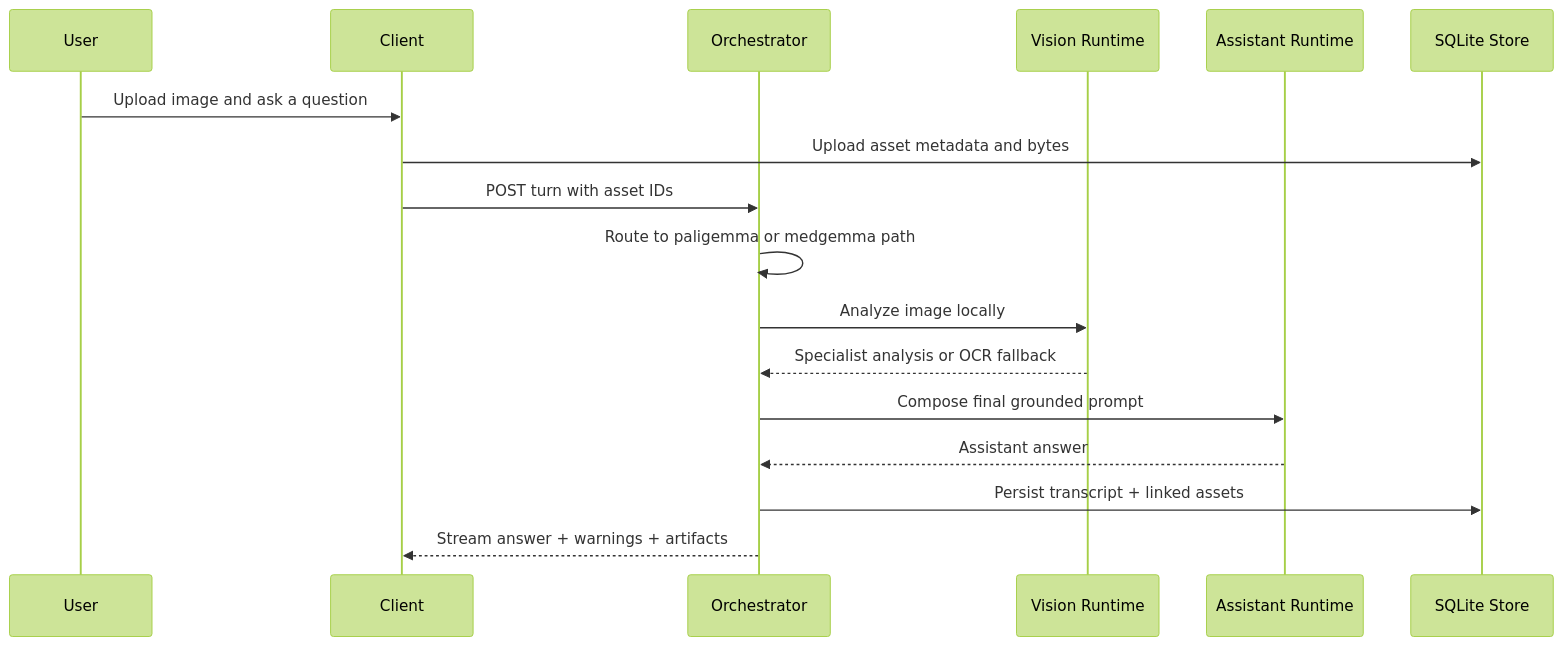
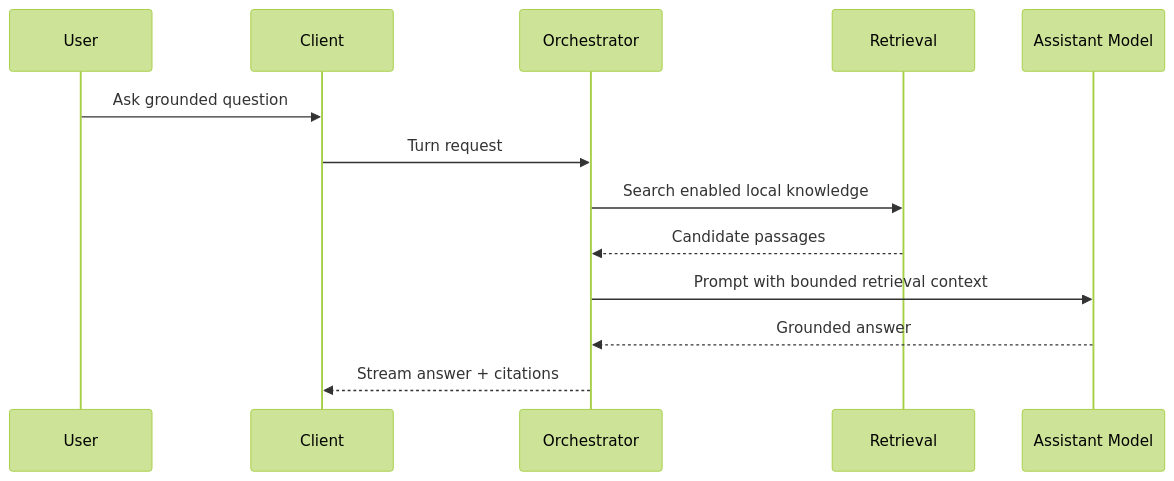
The fourth of 5 diagrams in README.md (CheickDiakite-yikes/gemma-local-expert), drawn with Mermaid (forest theme) before and after one commit. The commit also changed other lines of this file and 11 other files, not shown here.

````diff
--- a/README.md
+++ b/README.md
@@ -579,20 +1107,16 @@
 ```mermaid
 sequenceDiagram
     participant U as User
     participant C as Client
     participant O as Orchestrator
-    participant V as Vision Runtime
-    participant A as Assistant Runtime
-    participant S as SQLite Store
+    participant R as Retrieval
+    participant M as Assistant Model
 
-    U->>C: Upload image and ask a question
-    C->>S: Upload asset metadata and bytes
-    C->>O: POST turn with asset IDs
-    O->>O: Route to paligemma or medgemma path
-    O->>V: Analyze image locally
-    V-->>O: Specialist analysis or OCR fallback
-    O->>A: Compose final grounded prompt
-    A-->>O: Assistant answer
-    O->>S: Persist transcript + linked assets
-    O-->>C: Stream answer + warnings + artifacts
+    U->>C: Ask grounded question
+    C->>O: Turn request
+    O->>R: Search enabled local knowledge
+    R-->>O: Candidate passages
+    O->>M: Prompt with bounded retrieval context
+    M-->>O: Grounded answer
+    O-->>C: Stream answer + citations
 ```
````
